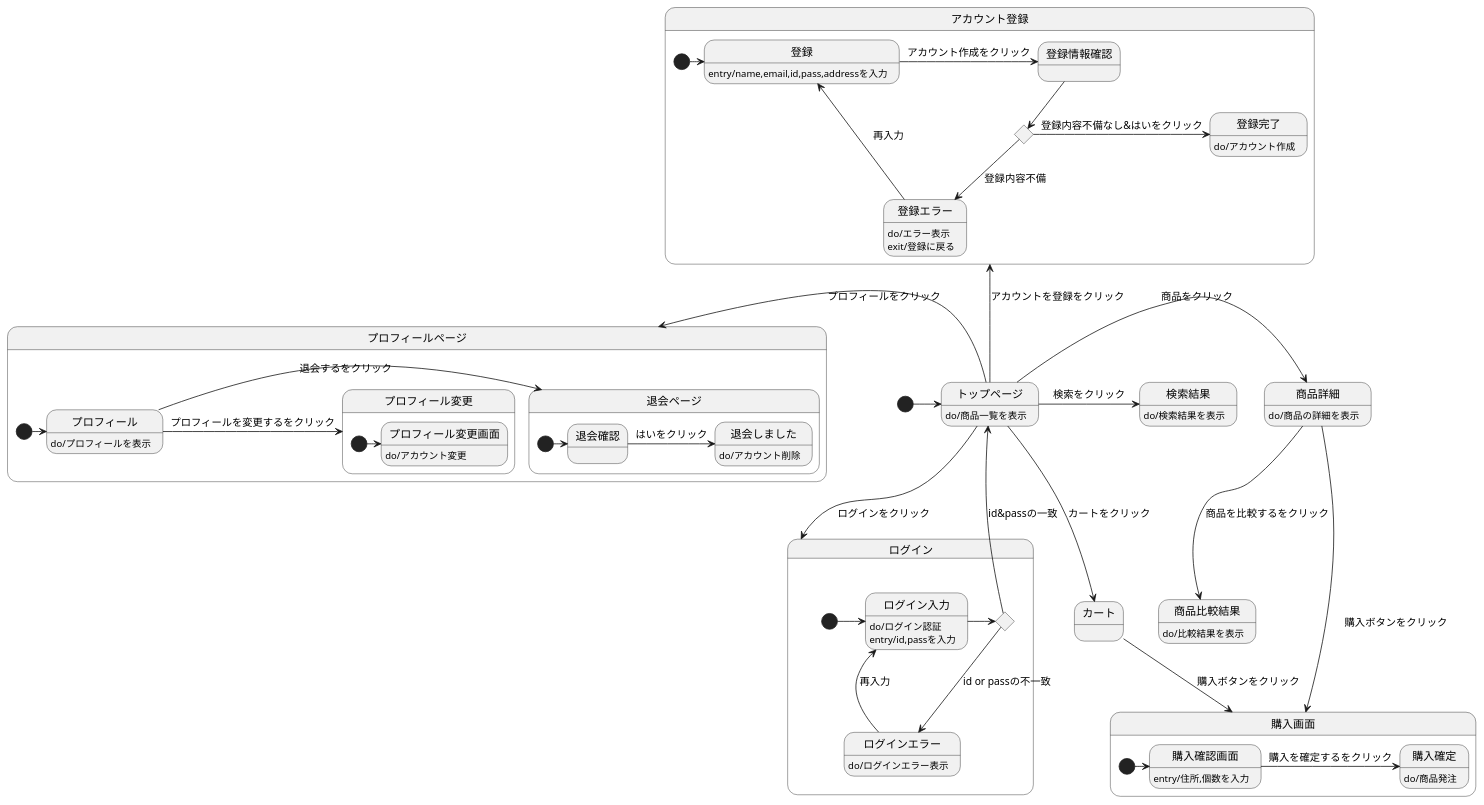
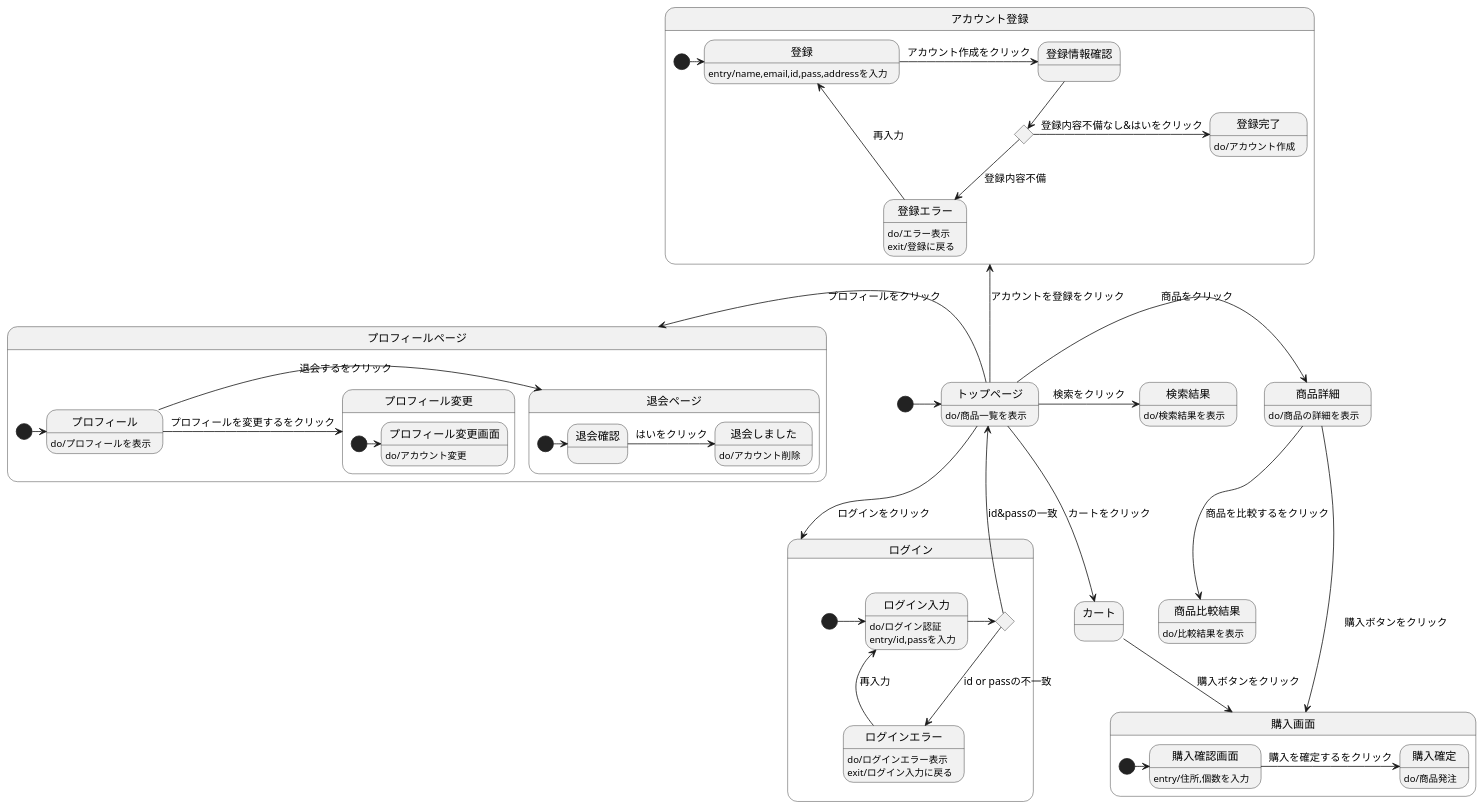
The diagram in stm01.md (Aso2001159/2021sys-design), drawn with PlantUML before and after one commit.

````diff
--- a/stm01.md
+++ b/stm01.md
@@ -1,66 +1,67 @@
 ```uml
 
 @startuml
 [*]->トップページ
 トップページ : do/商品一覧を表示
 トップページ->商品詳細 : 商品をクリック
   商品詳細 : do/商品の詳細を表示
   商品詳細 --> 商品比較結果 : 商品を比較するをクリック
   商品比較結果 : do/比較結果を表示
   商品詳細-> 購入画面 :　購入ボタンをクリック
 トップページ-down->ログイン :ログインをクリック
 state ログイン{
   state r確認 <<choice>>
   [*] -> ログイン入力 
   ログイン入力 : do/ログイン認証
   ログイン入力 : entry/id,passを入力
   ログイン入力 -> r確認
   r確認 -> トップページ : id&passの一致
    r確認 --> ログインエラー : id or passの不一致
     ログインエラー :do/ログインエラー表示
+    ログインエラー : exit/ログイン入力に戻る
   ログインエラー -> ログイン入力 : 再入力
 
 }
 トップページ-->カート :カートをクリック
 カート --> 購入画面 : 購入ボタンをクリック
 state 購入画面{
   [*]-> 購入確認画面
   購入確認画面 : entry/住所,個数を入力
   購入確認画面 -> 購入確定 : 購入を確定するをクリック
   購入確定 : do/商品発注
 }
 state アカウント登録{
 [*]-> 登録 
   トップページ-up-> アカウント登録 :アカウントを登録をクリック
   state t確認 <<choice>>
   登録 : entry/name,email,id,pass,addressを入力
   登録 ->登録情報確認: アカウント作成をクリック
   登録情報確認 --> t確認 
   t確認 --> 登録エラー : 登録内容不備
     登録エラー : do/エラー表示
     登録エラー : exit/登録に戻る
    登録エラー -> 登録 : 再入力
   t確認 -> 登録完了: 登録内容不備なし&はいをクリック
     登録完了: do/アカウント作成
   }
 トップページ->検索結果 :検索をクリック
   検索結果 : do/検索結果を表示
 トップページ-left->プロフィールページ :プロフィールをクリック
 state プロフィールページ{
 [*] -> プロフィール
 プロフィール : do/プロフィールを表示
   プロフィール ->退会ページ :退会するをクリック
   state 退会ページ{
     [*]-> 退会確認 
     退会確認-> 退会しました : はいをクリック
       退会しました : do/アカウント削除
     }
     プロフィール -> プロフィール変更 : プロフィールを変更するをクリック
     state プロフィール変更{
       [*]-> プロフィール変更画面
       プロフィール変更画面 : do/アカウント変更
     }
  }
 @enduml
 
 ```
````
